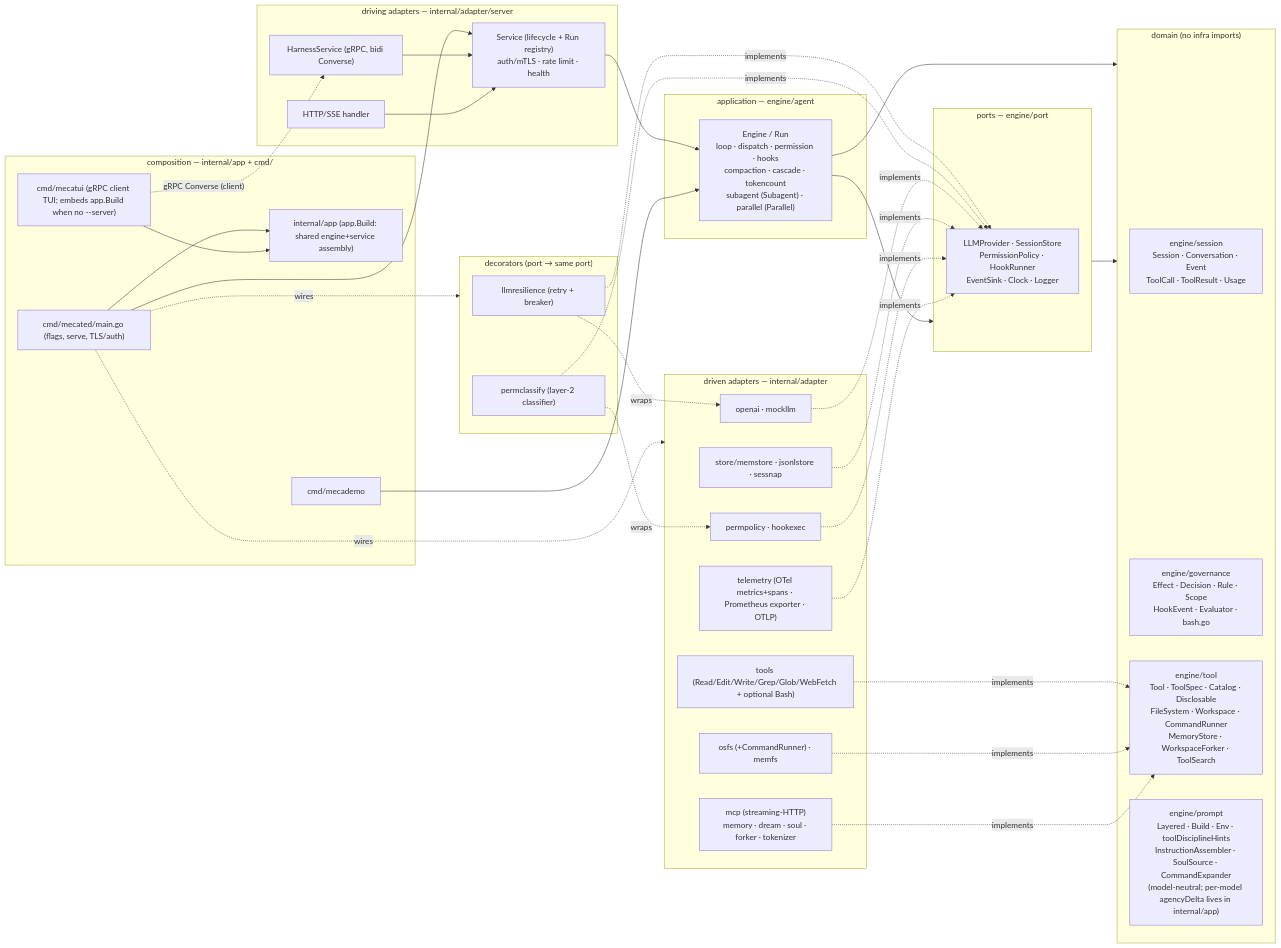
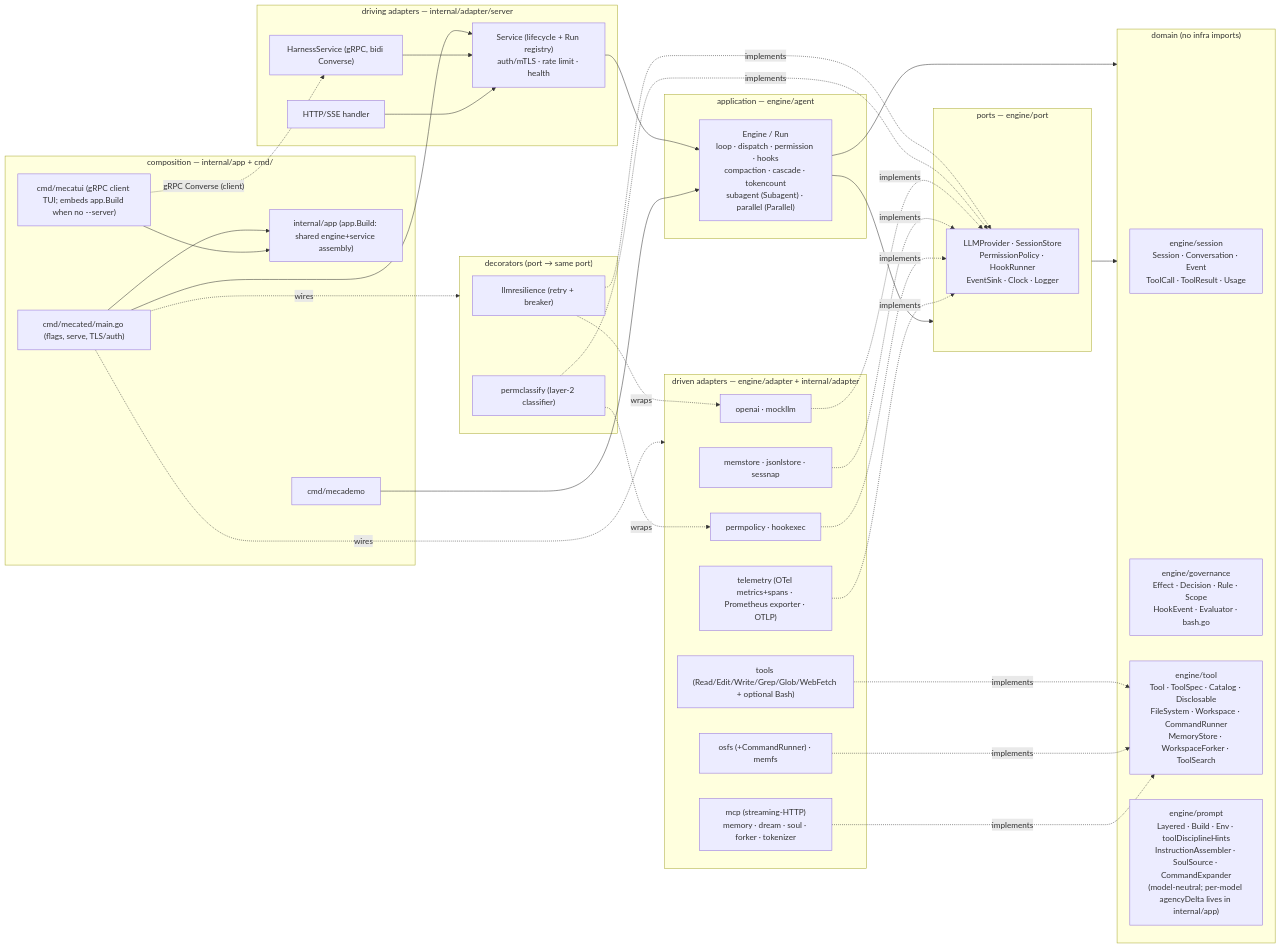
One commit to sabbanis/mecatl changed the first of 4 diagrams in docs/architecture.md. Above: the diagram before and after it, drawn with Mermaid. The commit also changed other lines of this file and 142 other files, not shown here.

````diff
--- a/docs/architecture.md
+++ b/docs/architecture.md
@@ -44,69 +47,69 @@
 ```mermaid
 flowchart LR
   subgraph CMD["composition — internal/app + cmd/"]
     app["internal/app (app.Build: shared engine+service assembly)"]
     mecated["cmd/mecated/main.go (flags, serve, TLS/auth)"]
     demo["cmd/mecademo"]
     tui["cmd/mecatui (gRPC client TUI; embeds app.Build when no --server)"]
     mecated --> app
     tui --> app
   end
 
   subgraph DRIVING["driving adapters — internal/adapter/server"]
     grpc["HarnessService (gRPC, bidi Converse)"]
     http["HTTP/SSE handler"]
     svc["Service (lifecycle + Run registry)\nauth/mTLS · rate limit · health"]
   end
 
   subgraph APP["application — engine/agent"]
     engine["Engine / Run\nloop · dispatch · permission · hooks\ncompaction · cascade · tokencount\nsubagent (Subagent) · parallel (Parallel)"]
   end
 
   subgraph PORTS["ports — engine/port"]
     p["LLMProvider · SessionStore\nPermissionPolicy · HookRunner\nEventSink · Clock · Logger"]
   end
 
   subgraph DOMAIN["domain (no infra imports)"]
     sess["engine/session\nSession · Conversation · Event\nToolCall · ToolResult · Usage"]
     gov["engine/governance\nEffect · Decision · Rule · Scope\nHookEvent · Evaluator · bash.go"]
     tl["engine/tool\nTool · ToolSpec · Catalog · Disclosable\nFileSystem · Workspace · CommandRunner\nMemoryStore · WorkspaceForker · ToolSearch"]
     pr["engine/prompt\nLayered · Build · Env · toolDisciplineHints\nInstructionAssembler · SoulSource · CommandExpander\n(model-neutral; per-model agencyDelta lives in internal/app)"]
   end
 
   subgraph DECOR["decorators (port → same port)"]
     res["llmresilience (retry + breaker)"]
     pc["permclassify (layer-2 classifier)"]
   end
 
-  subgraph DRIVEN["driven adapters — internal/adapter"]
+  subgraph DRIVEN["driven adapters — engine/adapter + internal/adapter"]
     oai["openai · mockllm"]
     fs["osfs (+CommandRunner) · memfs"]
-    st["store/memstore · jsonlstore · sessnap"]
+    st["memstore · jsonlstore · sessnap"]
     tools["tools (Read/Edit/Write/Grep/Glob/WebFetch + optional Bash)"]
     pp["permpolicy · hookexec"]
     tel["telemetry (OTel metrics+spans · Prometheus exporter · OTLP)"]
     ext["mcp (streaming-HTTP)\nmemory · dream · soul · forker · tokenizer"]
   end
 
   mecated --> svc --> engine
   demo --> engine
   tui -. "gRPC Converse (client)" .-> grpc
   grpc --> svc
   http --> svc
   engine --> PORTS
   engine --> DOMAIN
   PORTS --> DOMAIN
   res -.wraps.-> oai
   res -.implements.-> p
   pc -.wraps.-> pp
   pc -.implements.-> p
   oai -.implements.-> p
   st -.implements.-> p
   pp -.implements.-> p
   tel -.implements.-> p
   tools -.implements.-> tl
   fs -.implements.-> tl
   ext -.implements.-> tl
   mecated -. wires .-> DRIVEN
   mecated -. wires .-> DECOR
 ```
````
